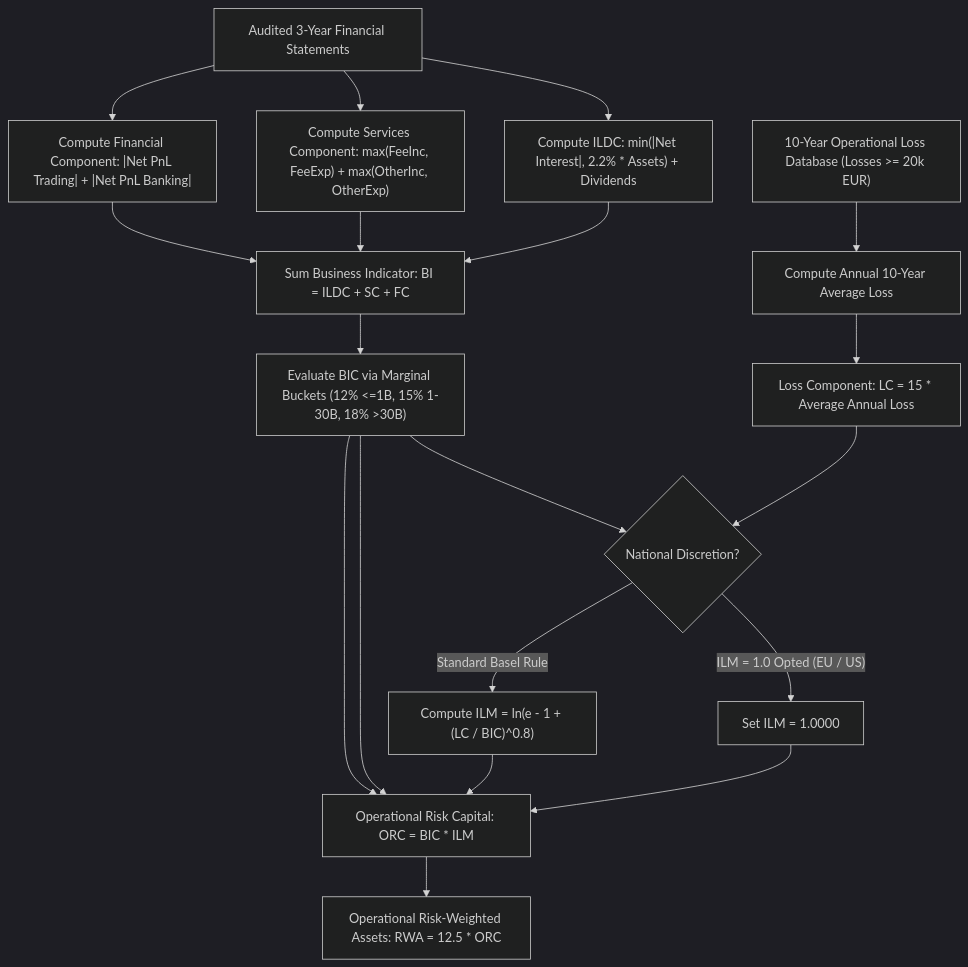
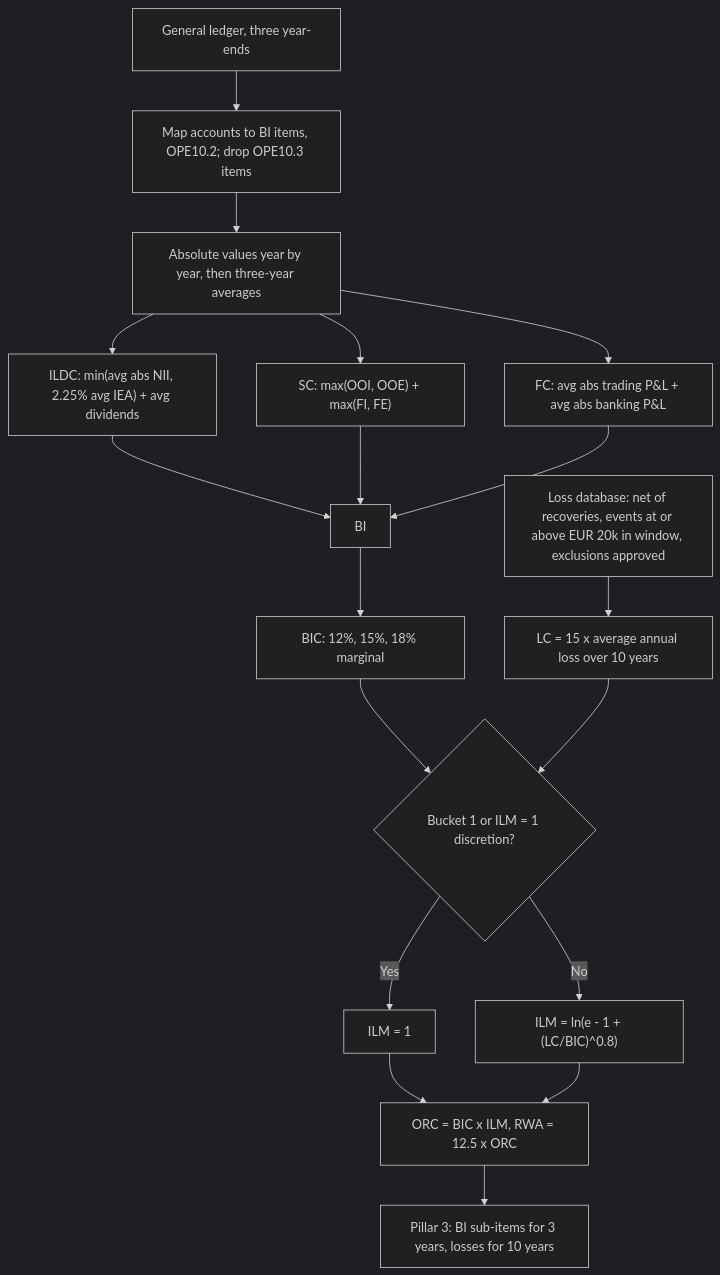
One commit to shreejitverma/The-Quant-Prep changed the diagram in 17-Regulatory-Capital-Basel-and-FRTB/14-Operational-Risk-Standardised-Measurement-Approach.md. Above: the diagram before and after it, drawn with Mermaid (dark theme). The commit also changed other lines of this file and 8 other files, not shown here.

````diff
--- a/17-Regulatory-Capital-Basel-and-FRTB/14-Operational-Risk-Standardised-Measurement-Approach.md
+++ b/17-Regulatory-Capital-Basel-and-FRTB/14-Operational-Risk-Standardised-Measurement-Approach.md
@@ -150,20 +108,20 @@
 ```mermaid
 flowchart TD
-    A["Audited 3-Year Financial Statements"] --> B["Compute ILDC: min(|Net Interest|, 2.2% * Assets) + Dividends"]
-    A --> C["Compute Services Component: max(FeeInc, FeeExp) + max(OtherInc, OtherExp)"]
-    A --> D["Compute Financial Component: |Net PnL Trading| + |Net PnL Banking|"]
-    
-    B & C & D --> E["Sum Business Indicator: BI = ILDC + SC + FC"]
-    E --> F["Evaluate BIC via Marginal Buckets (12% <=1B, 15% 1-30B, 18% >30B)"]
-    
-    G["10-Year Operational Loss Database (Losses >= 20k EUR)"] --> H["Compute Annual 10-Year Average Loss"]
-    H --> I["Loss Component: LC = 15 * Average Annual Loss"]
-    
-    F & I --> J{"National Discretion?"}
-    J -- "ILM = 1.0 Opted (EU / US)" --> K["Set ILM = 1.0000"]
-    J -- "Standard Basel Rule" --> L["Compute ILM = ln(e - 1 + (LC / BIC)^0.8)"]
-    
-    F & K --> M["Operational Risk Capital: ORC = BIC * ILM"]
-    F & L --> M
-    M --> N["Operational Risk-Weighted Assets: RWA = 12.5 * ORC"]
+    GL["General ledger, three year-ends"] --> MAP["Map accounts to BI items, OPE10.2; drop OPE10.3 items"]
+    MAP --> ABS["Absolute values year by year, then three-year averages"]
+    ABS --> ILDC["ILDC: min(avg abs NII, 2.25% avg IEA) + avg dividends"]
+    ABS --> SC["SC: max(OOI, OOE) + max(FI, FE)"]
+    ABS --> FC["FC: avg abs trading P&L + avg abs banking P&L"]
+    ILDC --> BI["BI"]
+    SC --> BI
+    FC --> BI
+    BI --> BIC["BIC: 12%, 15%, 18% marginal"]
+    LD["Loss database: net of recoveries, events at or above EUR 20k in window, exclusions approved"] --> LC["LC = 15 x average annual loss over 10 years"]
+    BIC --> D{"Bucket 1 or ILM = 1 discretion?"}
+    LC --> D
+    D -- "Yes" --> ONE["ILM = 1"]
+    D -- "No" --> ILM["ILM = ln(e - 1 + (LC/BIC)^0.8)"]
+    ONE --> ORC["ORC = BIC x ILM, RWA = 12.5 x ORC"]
+    ILM --> ORC
+    ORC --> DIS["Pillar 3: BI sub-items for 3 years, losses for 10 years"]
 ```
````
